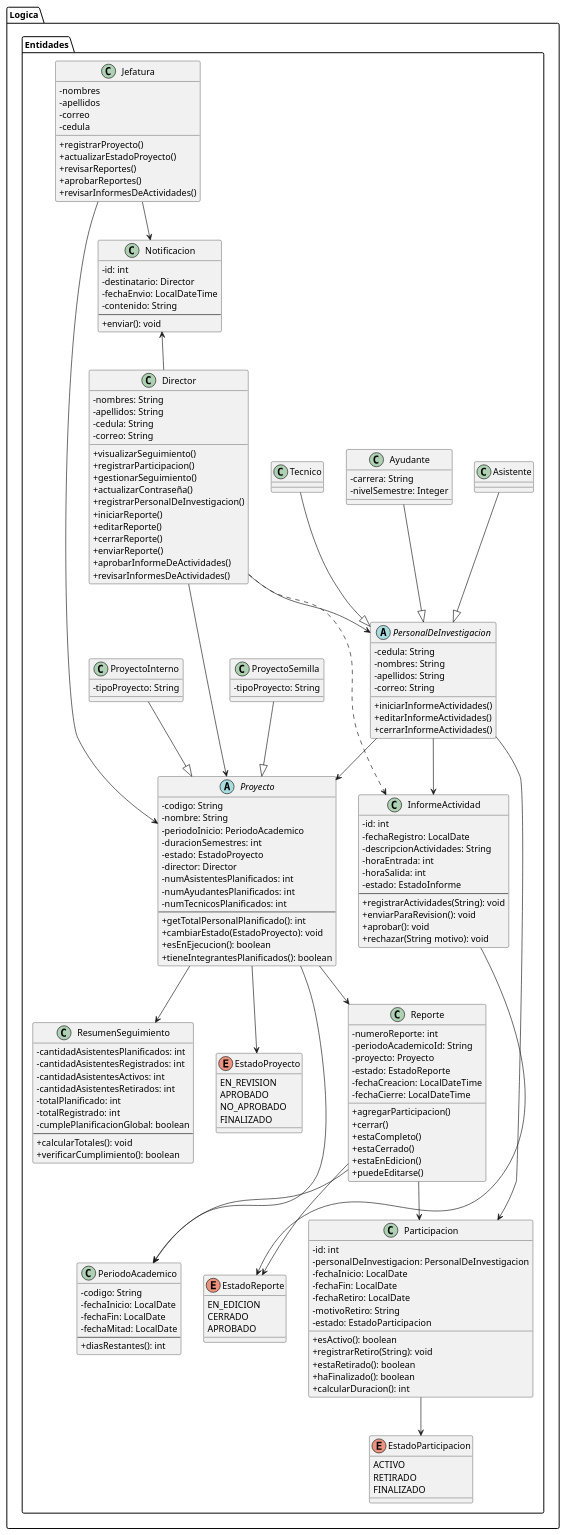
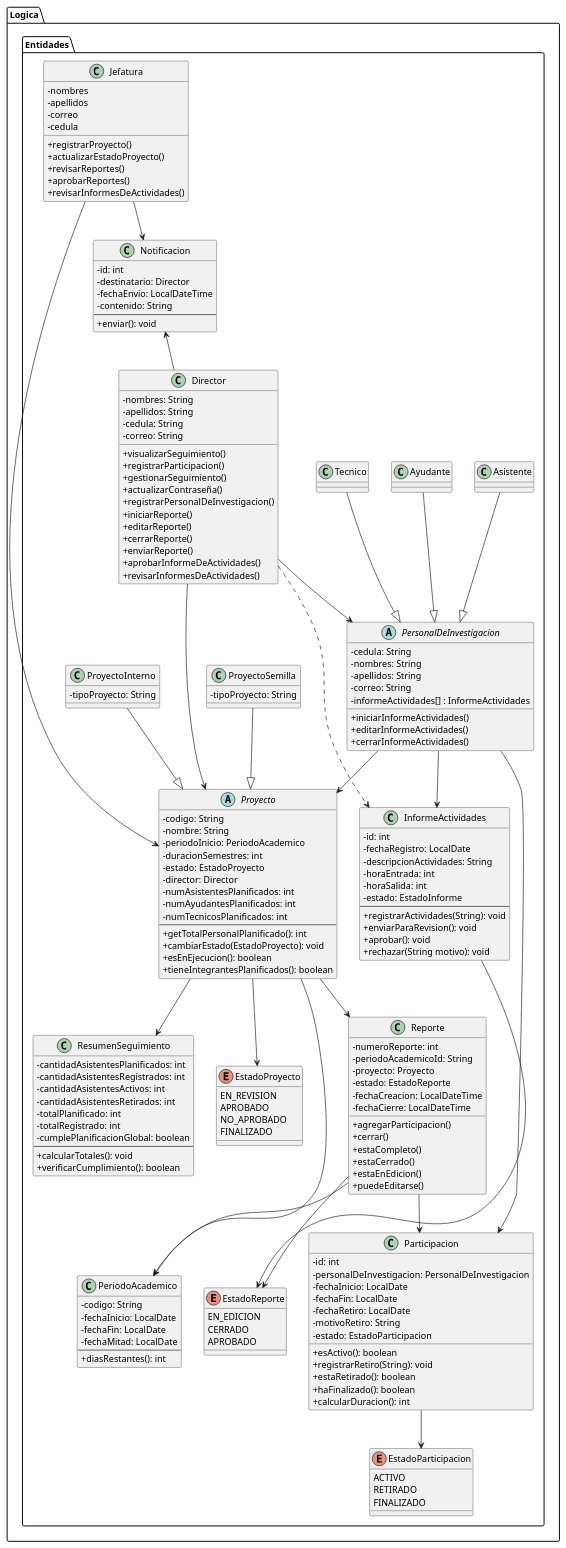
One commit to David-l24/AssistantsReport changed the diagram in src/DiagramaClases.puml. Above: the diagram before and after it, drawn with PlantUML. The commit also changed 2 other files, not shown here.

Commit message:
Agregar el arraylist informes en personal

```diff
--- a/src/DiagramaClases.puml
+++ b/src/DiagramaClases.puml
@@ -41,6 +41,7 @@
         - nombres: String
         - apellidos: String
         - correo: String
+        - informeActividades[] : InformeActividades
 
         + iniciarInformeActividades()
         + editarInformeActividades()
@@ -113,7 +114,7 @@
         + calcularDuracion(): int
     }
 
-    class InformeActividad {
+    class InformeActividades {
         - id: int
         - fechaRegistro: LocalDate
         - descripcionActividades: String
@@ -150,10 +151,9 @@
     }
 
     class Asistente {}
-    class Ayudante {
-        - carrera: String
-        - nivelSemestre: Integer
-    }
+
+    class Ayudante {}
+
     class Tecnico {}
 
     enum EstadoProyecto {
@@ -202,8 +202,8 @@
 
 ' [NUEVO] Relacion Participacion -> Informe
 ' Una Participacion tiene muchos informes de actividades
-PersonalDeInvestigacion --> InformeActividad
-InformeActividad --> EstadoReporte
+PersonalDeInvestigacion --> InformeActividades
+InformeActividades --> EstadoReporte
 
 ' Personal y Participacion
 PersonalDeInvestigacion --> Participacion
@@ -211,7 +211,7 @@
 
 ' Director gestiona Personal
 Director --> PersonalDeInvestigacion
-Director ..> InformeActividad
+Director ..> InformeActividades
 
 ' Herencia Personal
 Ayudante --|> PersonalDeInvestigacion
```
